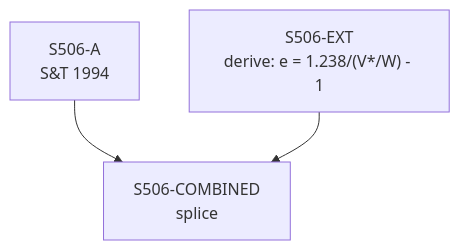
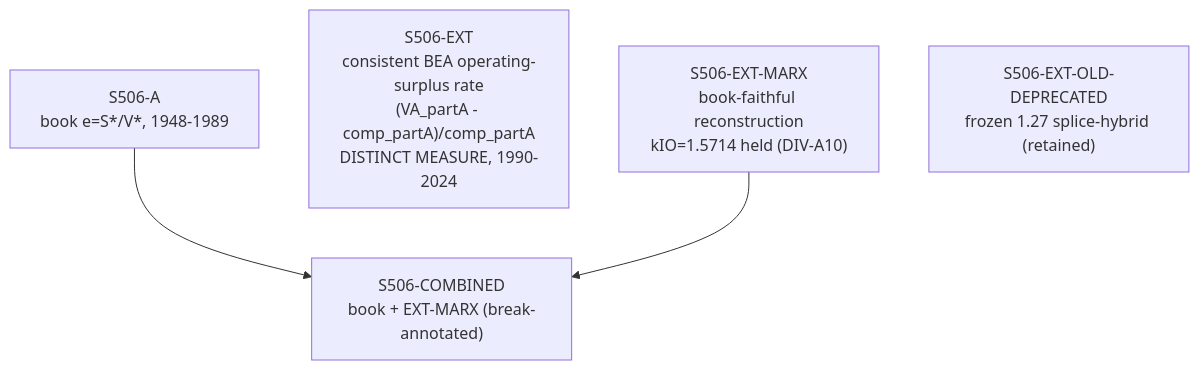
The diagram in docs/series/S506_DECOMPOSITION.md (andenick/measuring-the-wealth-of-nations), drawn with Mermaid before and after one commit. The commit also changed other lines of this file and 200 other files, not shown here.

First line of the commit message:
v2.1: book-faithful gross-K* profit rate, reconstructed kIO exploitation, Tier-A truth fixes

````diff
--- a/docs/series/S506_DECOMPOSITION.md
+++ b/docs/series/S506_DECOMPOSITION.md
@@ -7,10 +12,10 @@
 ```mermaid
 flowchart TD
-    S506_A["S506-A<br/>S&T 1994"]
-    S506_EXT["S506-EXT<br/>BLS CES + BEA NIPA"]
-    S506_COMBINED["S506-COMBINED<br/>"]
-    S506_EXT["S506-EXT<br/>derive: e = 1.238/(V*/W) - 1"]
-    S506_COMBINED["S506-COMBINED<br/>splice"]
+    S506_A["S506-A<br/>book e=S*/V*, 1948-1989"]
+    S506_EXT["S506-EXT<br/>consistent BEA operating-surplus rate<br/>(VA_partA - comp_partA)/comp_partA<br/>DISTINCT MEASURE, 1990-2024"]
+    S506_MARX["S506-EXT-MARX<br/>book-faithful reconstruction<br/>kIO=1.5714 held (DIV-A10)"]
+    S506_OLD["S506-EXT-OLD-DEPRECATED<br/>frozen 1.27 splice-hybrid (retained)"]
+    S506_COMBINED["S506-COMBINED<br/>book + EXT-MARX (break-annotated)"]
     S506_A --> S506_COMBINED
-    S506_EXT --> S506_COMBINED
+    S506_MARX --> S506_COMBINED
 ```
````
